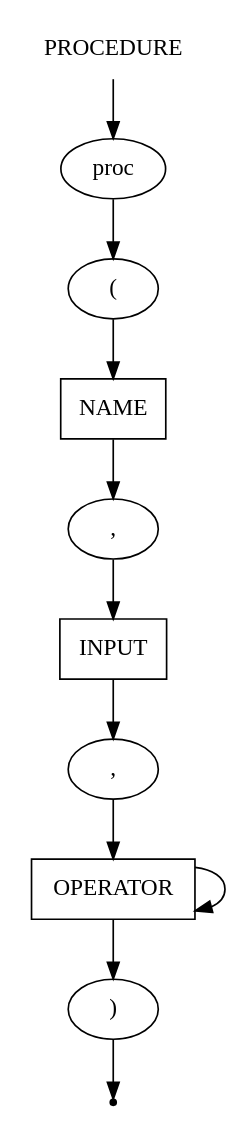
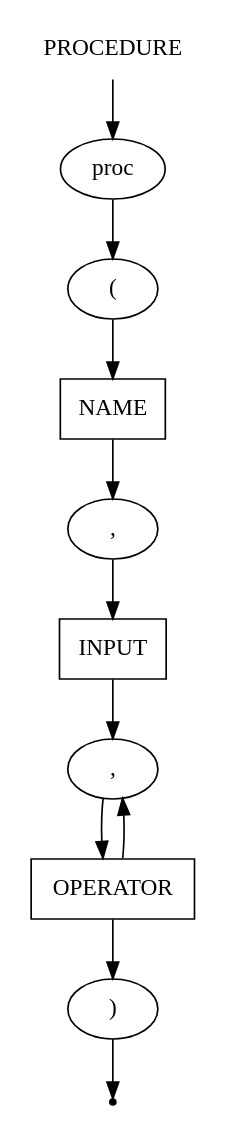
One commit to IMZolin/PSAD changed the diagram in src/PSADParser/grammar/procedure.gv. Above: the diagram before and after it, drawn with Graphviz. The commit also changed 10 other files, not shown here.

```diff
--- a/src/PSADParser/grammar/procedure.gv
+++ b/src/PSADParser/grammar/procedure.gv
@@ -1,23 +1,23 @@
 digraph PROCEDURE {
     start [label=PROCEDURE shape=plaintext]
     proc [label=proc shape=oval]
     br_open [label="(" shape=oval]
     br_close [label=")" shape=oval]
     name [label=NAME shape=box]
     comma_1 [label="," shape=oval]
     comma_2 [label="," shape=oval]
     input [label=INPUT shape=box]
     operator [label=OPERATOR shape=box]
     end [label="" shape=point]
 
     start -> proc
     proc -> br_open
     br_open -> name
     name -> comma_1
     comma_1 -> input
     input -> comma_2
     comma_2 -> operator
-    operator -> operator
+    operator -> comma_2
     operator -> br_close
     br_close -> end
 }
```
